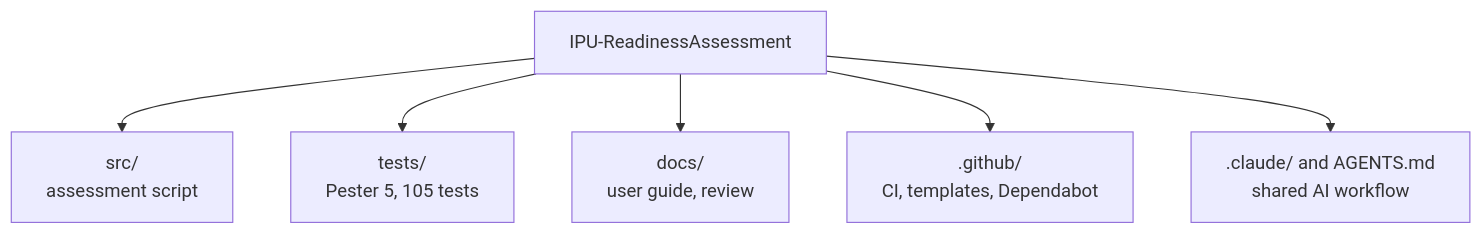
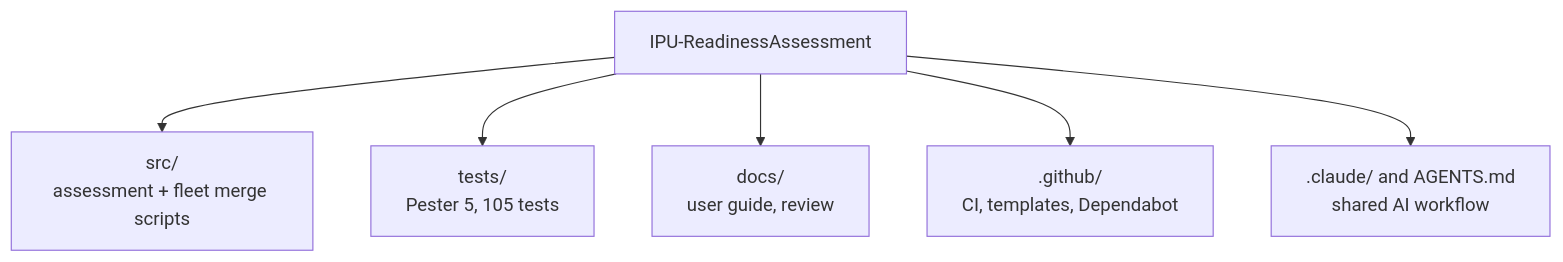
One commit to JeanKadang/IPU-ReadinessAssessment changed the third of 3 diagrams in README.md. Above: the diagram before and after it, drawn with Mermaid. The commit also changed other lines of this file and 1 other file, not shown here.

First line of the commit message:
docs: document Merge-IPUAssessments in README and user guide

````diff
--- a/README.md
+++ b/README.md
@@ -91,8 +120,8 @@
 ```mermaid
 flowchart TD
-    R[IPU-ReadinessAssessment] --> S[src/<br/>assessment script]
+    R[IPU-ReadinessAssessment] --> S[src/<br/>assessment + fleet merge scripts]
     R --> T[tests/<br/>Pester 5, 105 tests]
     R --> D[docs/<br/>user guide, review]
     R --> G[.github/<br/>CI, templates, Dependabot]
     R --> C[.claude/ and AGENTS.md<br/>shared AI workflow]
 ```
````
